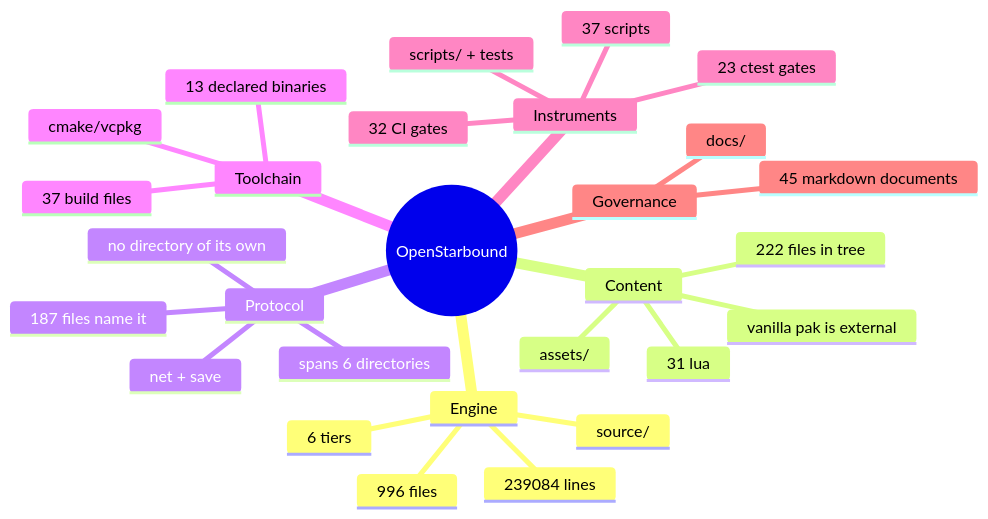
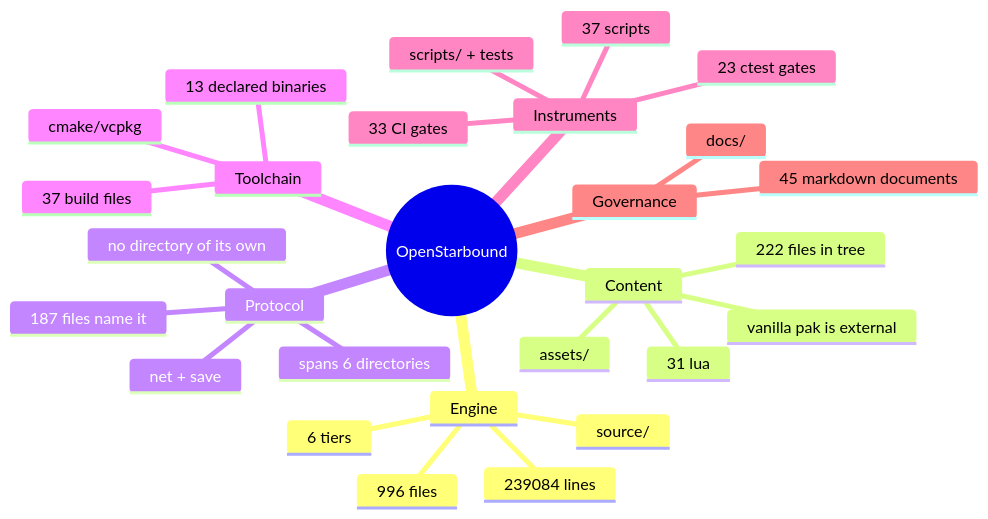
The second of 11 diagrams in docs/architecture/system-boundaries.md (apnex/OpenStarbound), drawn with Mermaid before and after one commit. The commit also changed 3 other files, not shown here.

````diff
--- a/docs/architecture/system-boundaries.md
+++ b/docs/architecture/system-boundaries.md
@@ -166,31 +166,31 @@
 ```mermaid
 mindmap
   root((OpenStarbound))
     Engine
       source/
       996 files
       239084 lines
       6 tiers
     Content
       assets/
       222 files in tree
       31 lua
       vanilla pak is external
     Protocol
       net + save
       187 files name it
       spans 6 directories
       no directory of its own
     Toolchain
       cmake/vcpkg
       37 build files
       13 declared binaries
     Instruments
       scripts/ + tests
       37 scripts
       23 ctest gates
-      32 CI gates
+      33 CI gates
     Governance
       docs/
       45 markdown documents
 ```
````
